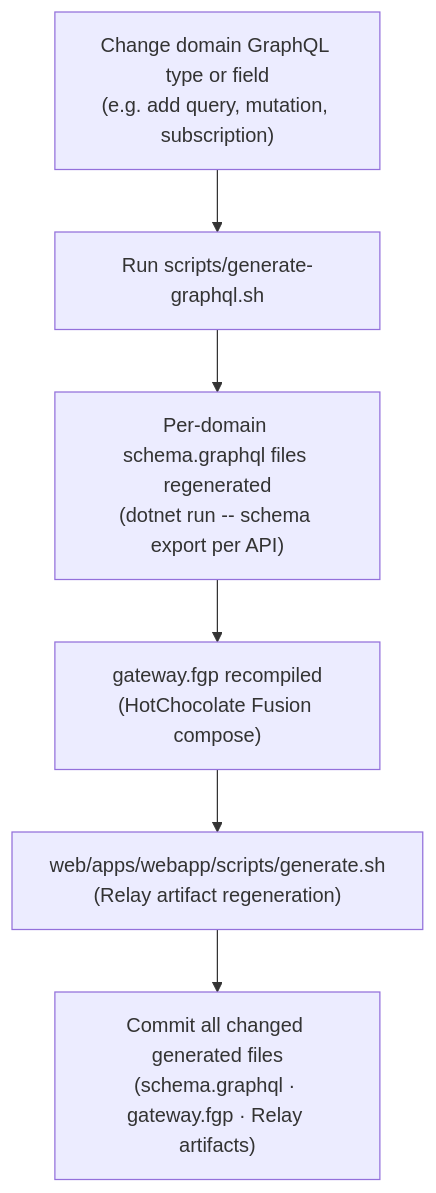
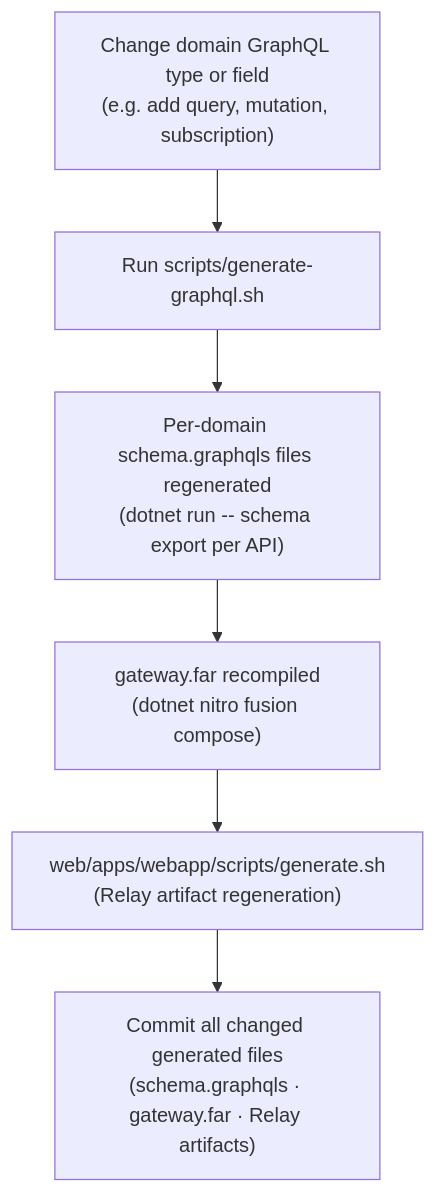
One commit to skedular/skedular changed the eighth of 8 diagrams in gateway/docs/architecture/gateway-architecture.md. Above: the diagram before and after it, drawn with Mermaid. The commit also changed other lines of this file and 142 other files, not shown here.

First line of the commit message:
chore: migrate HotChocolate v15 to v16

````diff
--- a/gateway/docs/architecture/gateway-architecture.md
+++ b/gateway/docs/architecture/gateway-architecture.md
@@ -266,8 +266,8 @@
 ```mermaid
 flowchart TD
     A["Change domain GraphQL type or field\n(e.g. add query, mutation, subscription)"] --> B["Run scripts/generate-graphql.sh"]
-    B --> C["Per-domain schema.graphql files regenerated\n(dotnet run -- schema export per API)"]
-    C --> D["gateway.fgp recompiled\n(HotChocolate Fusion compose)"]
+    B --> C["Per-domain schema.graphqls files regenerated\n(dotnet run -- schema export per API)"]
+    C --> D["gateway.far recompiled\n(dotnet nitro fusion compose)"]
     D --> E["web/apps/webapp/scripts/generate.sh\n(Relay artifact regeneration)"]
-    E --> F["Commit all changed generated files\n(schema.graphql · gateway.fgp · Relay artifacts)"]
+    E --> F["Commit all changed generated files\n(schema.graphqls · gateway.far · Relay artifacts)"]
 ```
````
